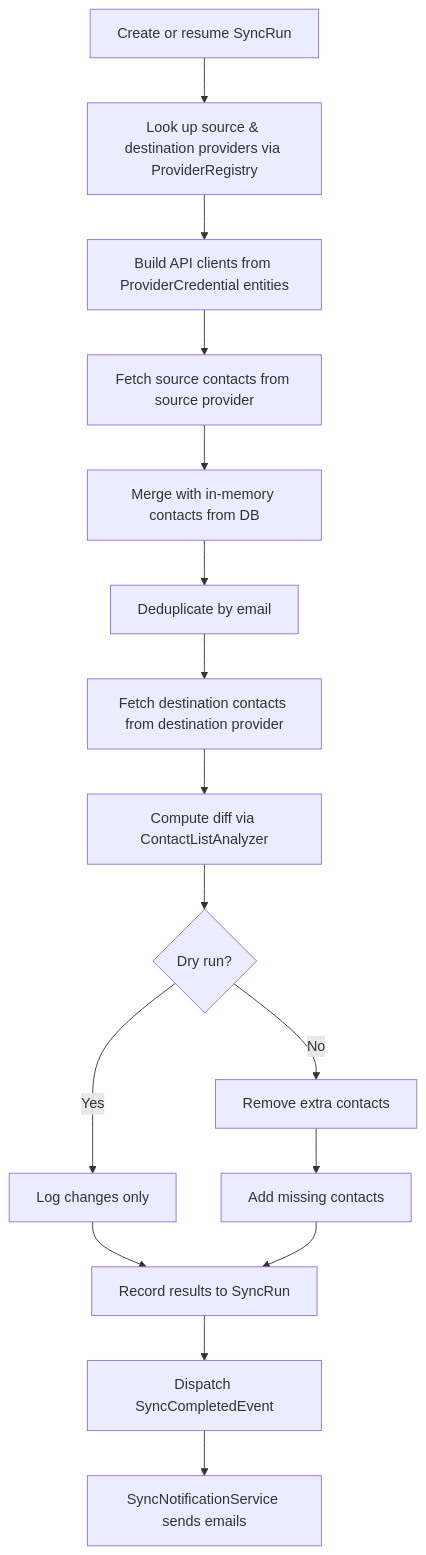
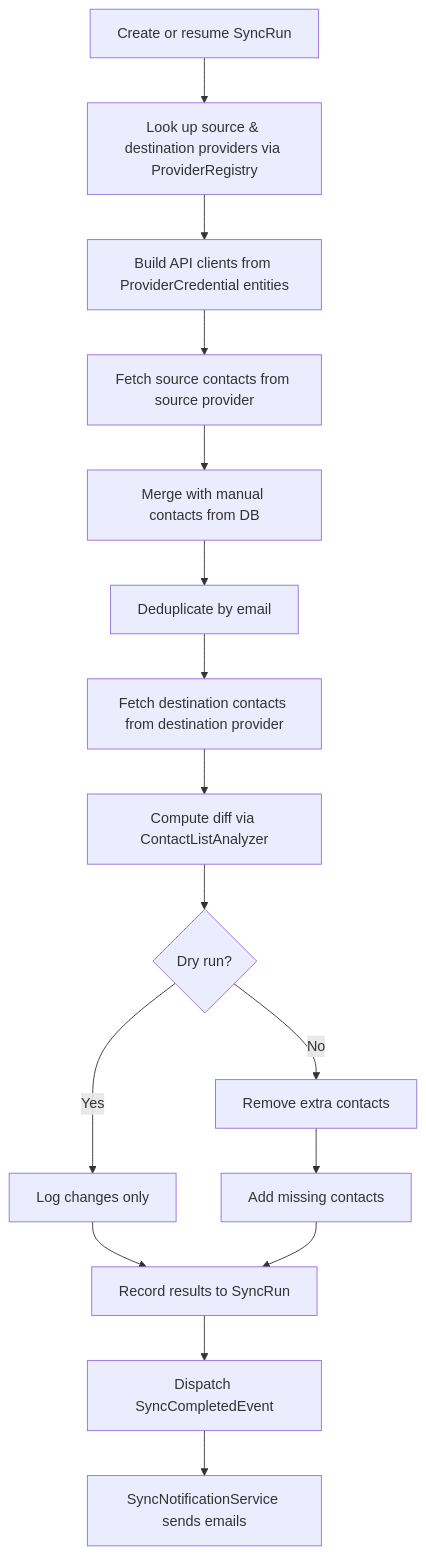
One commit to nrutman/contacts-sync-web changed the second of 2 diagrams in src/README.md. Above: the diagram before and after it, drawn with Mermaid. The commit also changed other lines of this file and 22 other files, not shown here.

Commit message:
Rename in-memory user to manual user

````diff
--- a/src/README.md
+++ b/src/README.md
@@ -58,18 +58,18 @@
 ```mermaid
 flowchart TD
     A[Create or resume SyncRun] --> B[Look up source & destination providers via ProviderRegistry]
     B --> C[Build API clients from ProviderCredential entities]
     C --> D[Fetch source contacts from source provider]
-    D --> E[Merge with in-memory contacts from DB]
+    D --> E[Merge with manual contacts from DB]
     E --> F[Deduplicate by email]
     F --> G[Fetch destination contacts from destination provider]
     G --> H[Compute diff via ContactListAnalyzer]
     H --> I{Dry run?}
     I -->|Yes| J[Log changes only]
     I -->|No| K[Remove extra contacts]
     J --> M[Record results to SyncRun]
     K --> L[Add missing contacts]
     L --> M
     M --> N[Dispatch SyncCompletedEvent]
     N --> O[SyncNotificationService sends emails]
 ```
````
